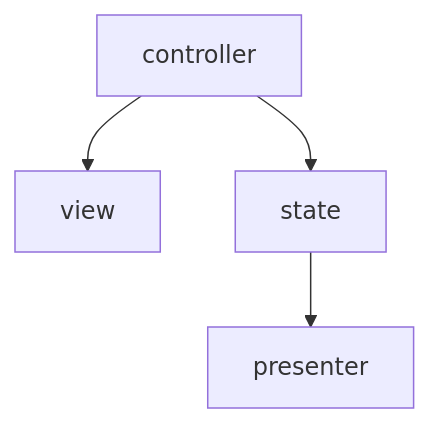
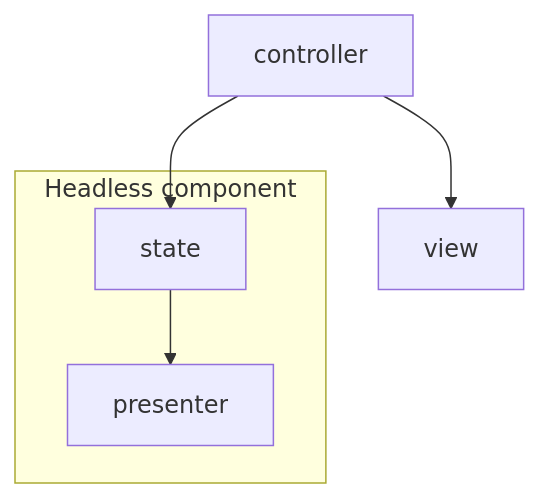
One commit to GautierBlandin/context-gpt changed the diagram in dev-docs/frontend/component.md. Above: the diagram before and after it, drawn with Mermaid.

Commit message:
docs: add headless component subgraph

````diff
--- a/dev-docs/frontend/component.md
+++ b/dev-docs/frontend/component.md
@@ -55,6 +55,10 @@
 ```mermaid
 graph TD
+  subgraph "Headless component"
+    state
+    presenter
+  end
   controller --> view
   controller --> state
   state --> presenter
 ```
````
